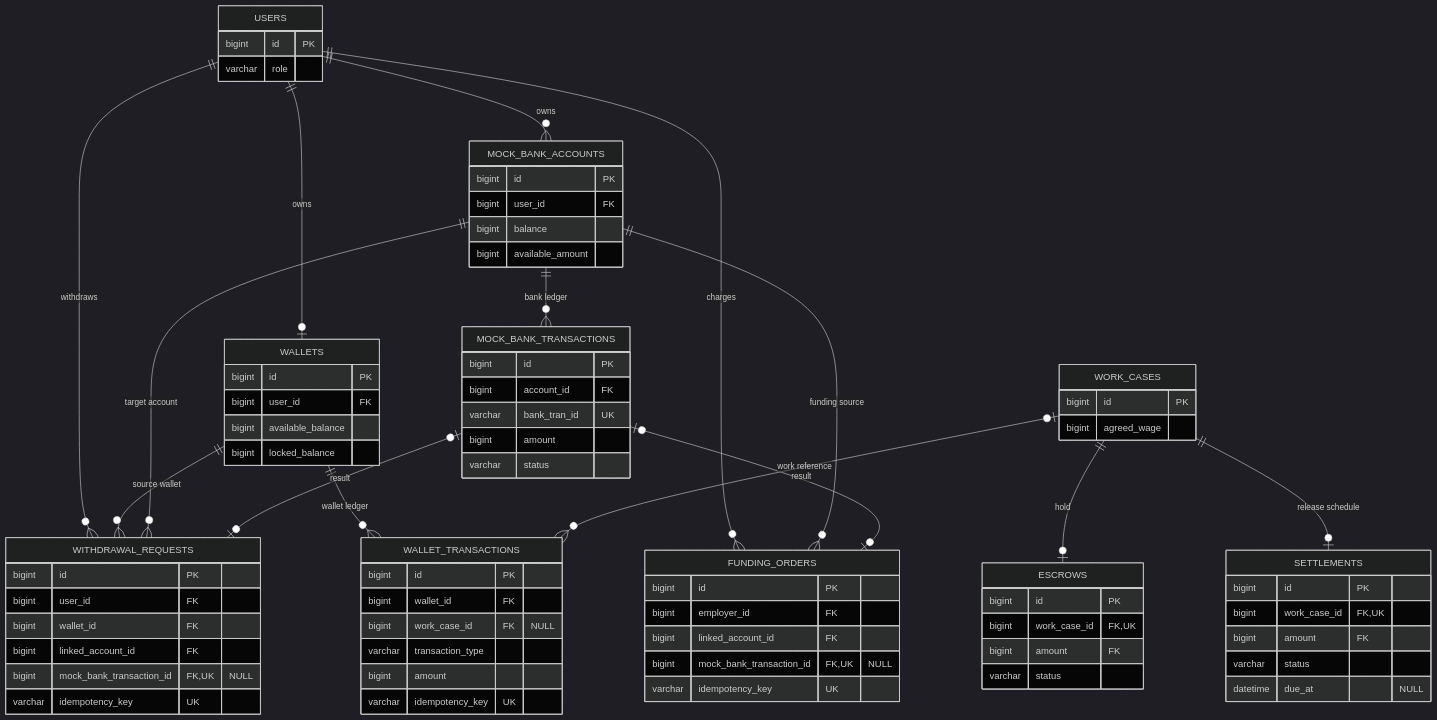
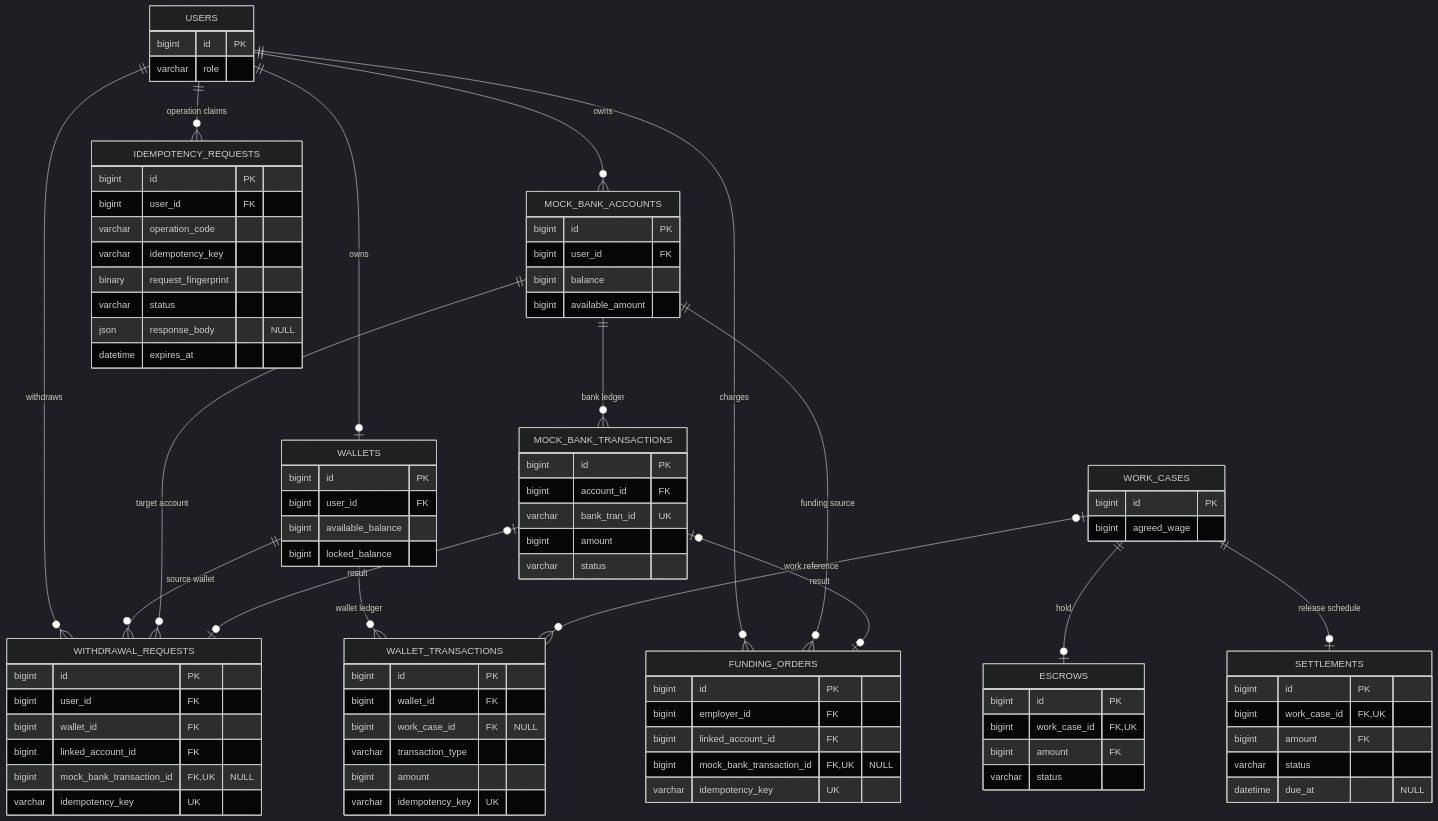
One commit to Flamingo7562/KB-PJT-24-2 changed the fourth of 6 diagrams in docs/DATABASE_SCHEMA_ERD.md. Above: the diagram before and after it, drawn with Mermaid (dark theme). The commit also changed other lines of this file and 4 other files, not shown here.

```diff
--- a/docs/DATABASE_SCHEMA_ERD.md
+++ b/docs/DATABASE_SCHEMA_ERD.md
@@ -706,6 +729,16 @@
         bigint linked_account_id FK
         bigint mock_bank_transaction_id FK, UK "NULL"
         varchar idempotency_key UK
+    }
+    IDEMPOTENCY_REQUESTS {
+        bigint id PK
+        bigint user_id FK
+        varchar operation_code
+        varchar idempotency_key
+        binary request_fingerprint
+        varchar status
+        json response_body "NULL"
+        datetime expires_at
     }
     WITHDRAWAL_REQUESTS {
         bigint id PK
@@ -745,6 +778,7 @@
     USERS ||--o{ MOCK_BANK_ACCOUNTS : "owns"
     MOCK_BANK_ACCOUNTS ||--o{ MOCK_BANK_TRANSACTIONS : "bank ledger"
     USERS ||--o{ FUNDING_ORDERS : "charges"
+    USERS ||--o{ IDEMPOTENCY_REQUESTS : "operation claims"
     MOCK_BANK_ACCOUNTS ||--o{ FUNDING_ORDERS : "funding source"
     MOCK_BANK_TRANSACTIONS o|--o| FUNDING_ORDERS : "result"
     USERS ||--o{ WITHDRAWAL_REQUESTS : "withdraws"
```
